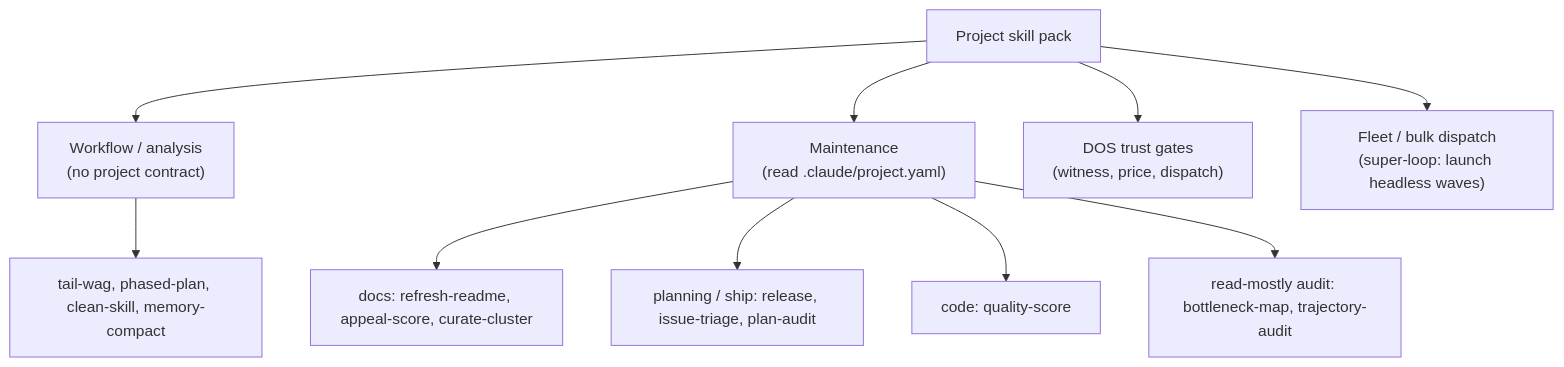
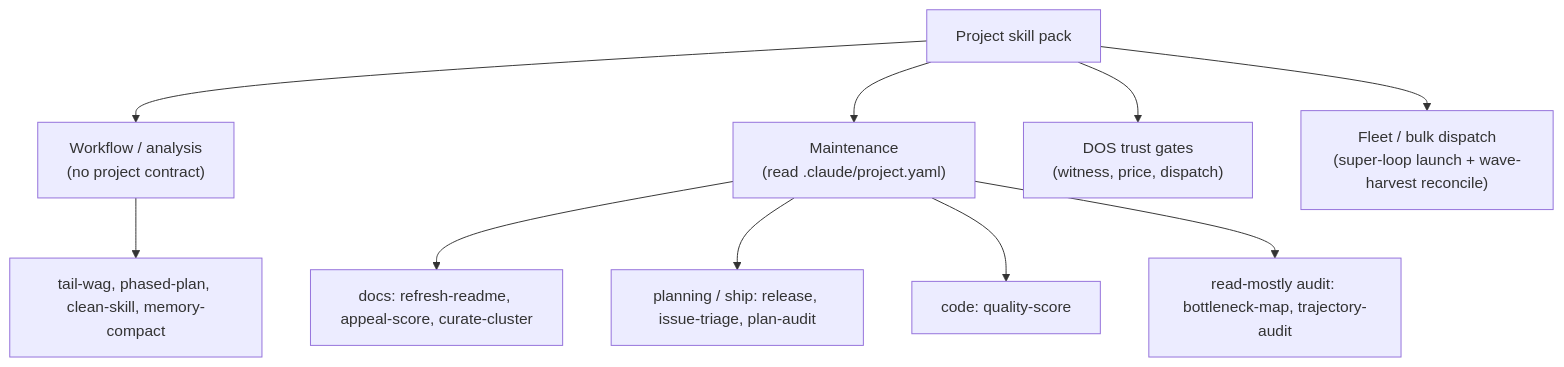
One commit to anthony-chaudhary/fak changed the diagram in .claude/skills/README.md. Above: the diagram before and after it, drawn with Mermaid. The commit also changed other lines of this file and 1 other file, not shown here.

Commit message:
docs(skill): add wave-harvest reconcile skill for super-loop waves (fak claude)

````diff
--- a/.claude/skills/README.md
+++ b/.claude/skills/README.md
@@ -10,12 +10,12 @@
 ```mermaid
 flowchart TD
   Pack["Project skill pack"] --> WF["Workflow / analysis<br/>(no project contract)"]
   Pack --> MN["Maintenance<br/>(read .claude/project.yaml)"]
   WF --> Analysis["tail-wag, phased-plan, clean-skill, memory-compact"]
   MN --> Doc["docs: refresh-readme, appeal-score, curate-cluster"]
   MN --> Plan["planning / ship: release, issue-triage, plan-audit"]
   MN --> Quality["code: quality-score"]
   MN --> Audit["read-mostly audit: bottleneck-map, trajectory-audit"]
   Pack --> DOS["DOS trust gates<br/>(witness, price, dispatch)"]
-  Pack --> Fleet["Fleet / bulk dispatch<br/>(super-loop: launch headless waves)"]
+  Pack --> Fleet["Fleet / bulk dispatch<br/>(super-loop launch + wave-harvest reconcile)"]
 ```
````
